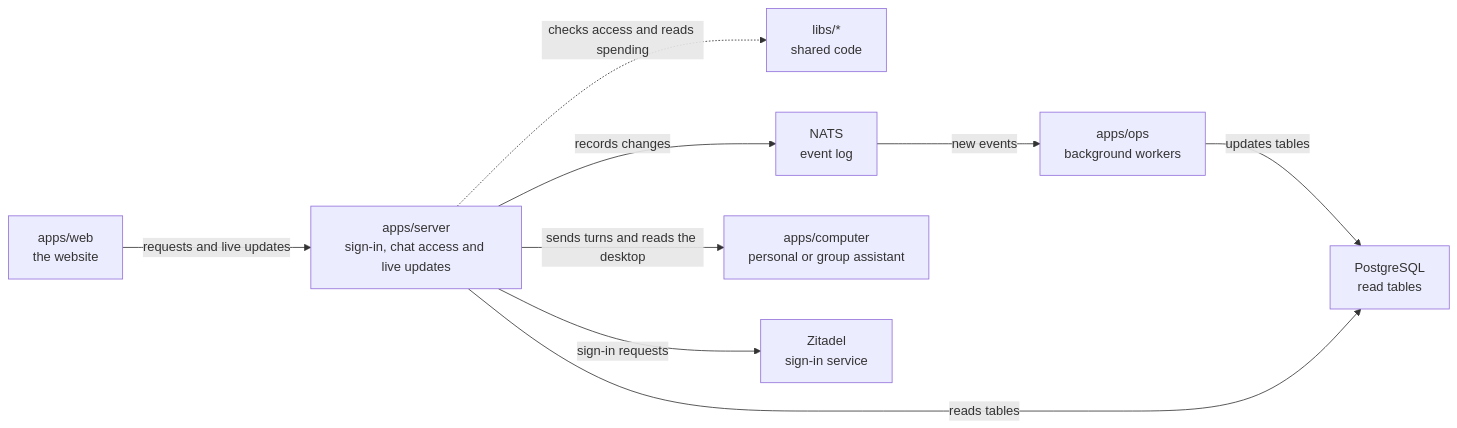
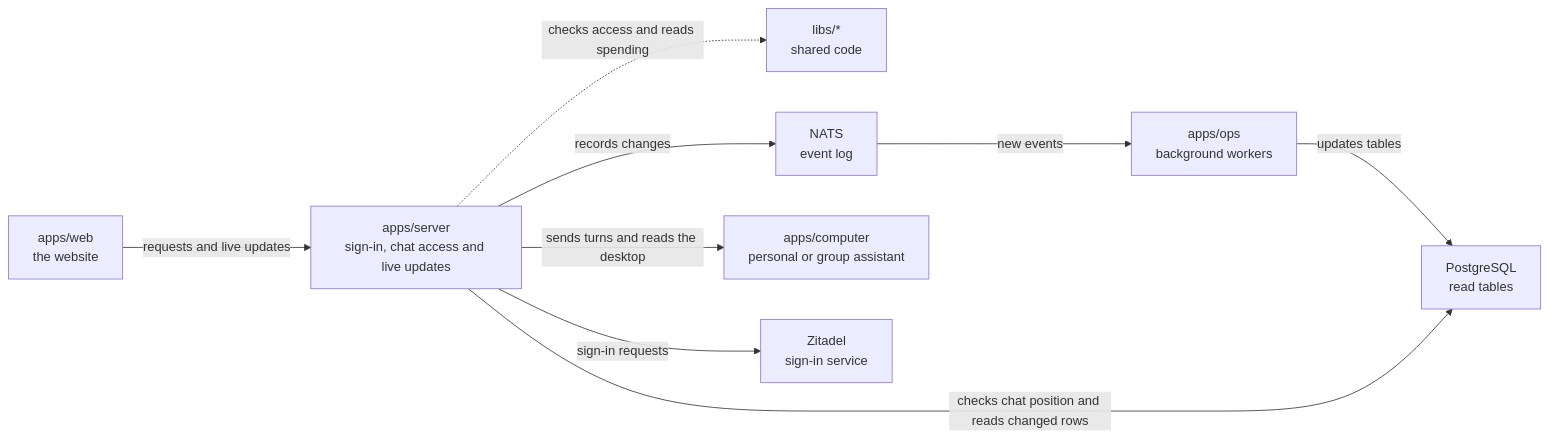
The diagram in apps/server/README.md (elewa-git/opencrane-new), drawn with Mermaid before and after one commit. The commit also changed other lines of this file and 4 other files, not shown here.

Commit message:
🐛 Skip idle chat content reads

````diff
--- a/apps/server/README.md
+++ b/apps/server/README.md
@@ -11,11 +11,11 @@
 ```mermaid
 flowchart LR
   web["apps/web<br/>the website"] -->|requests and live updates| server["apps/server<br/>sign-in, chat access and live updates"]
   server -.->|checks access and reads spending| libs["libs/*<br/>shared code"]
   server -->|records changes| nats["NATS<br/>event log"]
   nats -->|new events| ops["apps/ops<br/>background workers"]
   ops -->|updates tables| postgres["PostgreSQL<br/>read tables"]
-  server -->|reads tables| postgres
+  server -->|checks chat position and reads changed rows| postgres
   server -->|sends turns and reads the desktop| computer["apps/computer<br/>personal or group assistant"]
   server -->|sign-in requests| zitadel["Zitadel<br/>sign-in service"]
 ```
````
